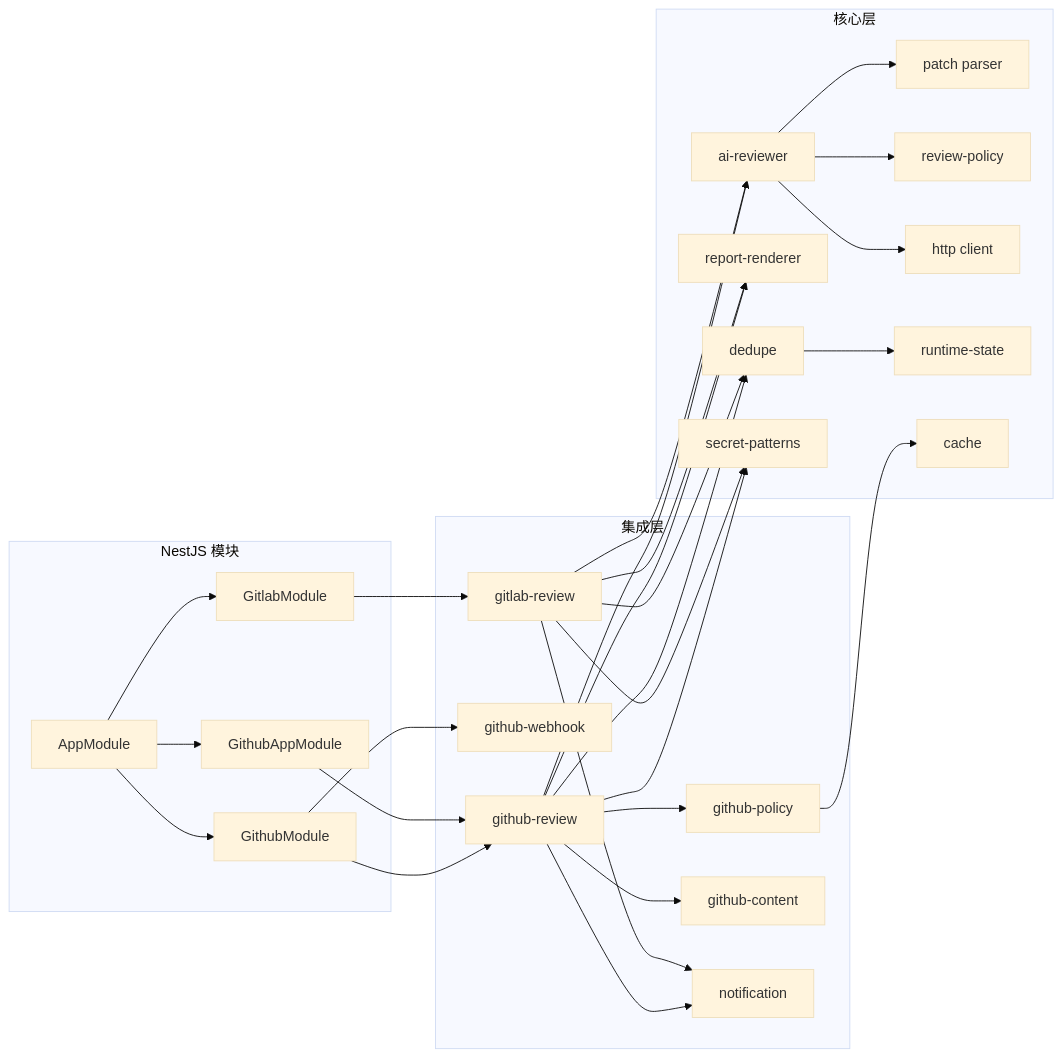
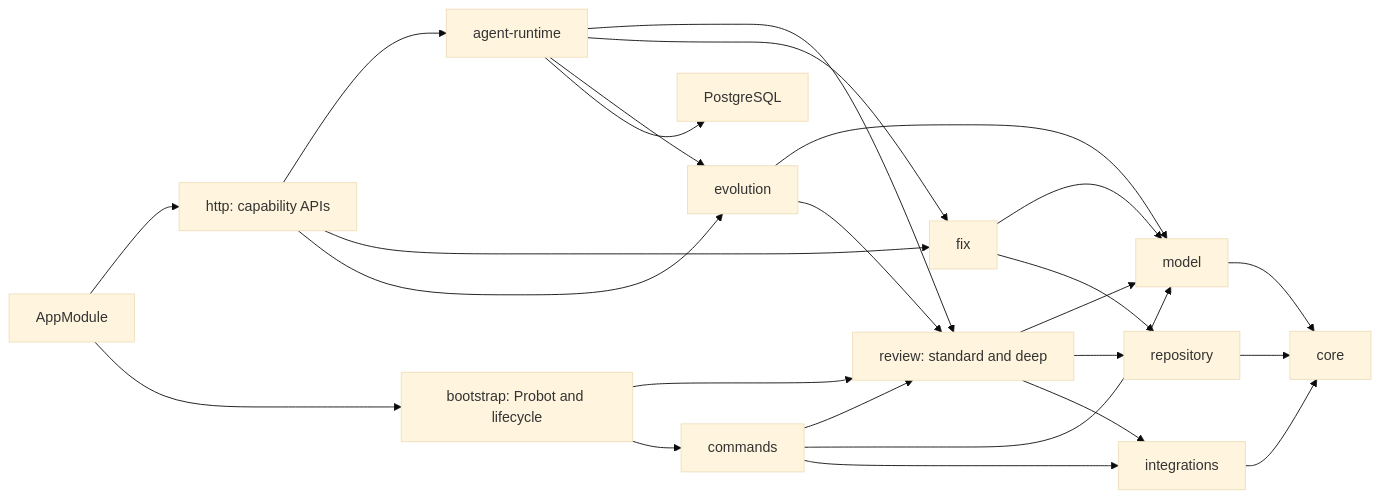
Before and after one commit to condevtools/pr-agent: the fourth of 8 diagrams in README-zh.md, drawn with Mermaid (base theme). The commit also changed other lines of this file and 127 other files, not shown here.

````diff
--- a/README-zh.md
+++ b/README-zh.md
@@ -202,60 +202,27 @@
 ```mermaid
 graph LR
-    subgraph NestJS 模块
-        APP[AppModule]
-        GH[GithubModule]
-        GL[GitlabModule]
-        GHA[GithubAppModule]
-    end
-
-    subgraph 集成层
-        GHR[github-review]
-        GHW[github-webhook]
-        GHP[github-policy]
-        GHC[github-content]
-        GLR[gitlab-review]
-        NTF[notification]
-    end
-
-    subgraph 核心层
-        REV[ai-reviewer]
-        PAT[patch parser]
-        RPT[report-renderer]
-        POL[review-policy]
-        DDP[dedupe]
-        HTTP[http client]
-        STA[runtime-state]
-        SEC[secret-patterns]
-        CACHE[cache]
-    end
-
-    APP --> GH
-    APP --> GL
-    APP --> GHA
-
-    GH --> GHR
-    GH --> GHW
-    GHA --> GHR
-
-    GHR --> GHP
-    GHR --> GHC
-    GHR --> REV
-    GHR --> RPT
-    GHR --> NTF
-
-    GLR --> REV
-    GLR --> RPT
-    GLR --> NTF
-    GL --> GLR
-
-    REV --> PAT
-    REV --> POL
-    REV --> HTTP
-
-    GHR --> DDP
-    GLR --> DDP
-    DDP --> STA
-    GHR --> SEC
-    GLR --> SEC
-    GHP --> CACHE
+    APP[AppModule] --> HTTP[http: capability APIs]
+    APP --> BOOT[bootstrap: Probot and lifecycle]
+    HTTP --> RUN[agent-runtime]
+    HTTP --> FIX[fix]
+    HTTP --> EVO[evolution]
+    BOOT --> REV[review: standard and deep]
+    BOOT --> CMD[commands]
+    RUN --> REV
+    RUN --> FIX
+    RUN --> EVO
+    RUN --> PG[PostgreSQL]
+    REV --> MODEL[model]
+    REV --> REPO[repository]
+    REV --> INT[integrations]
+    CMD --> REV
+    CMD --> MODEL
+    CMD --> INT
+    FIX --> MODEL
+    FIX --> REPO
+    EVO --> MODEL
+    EVO --> REV
+    MODEL --> CORE[core]
+    REPO --> CORE
+    INT --> CORE
 ```
````
